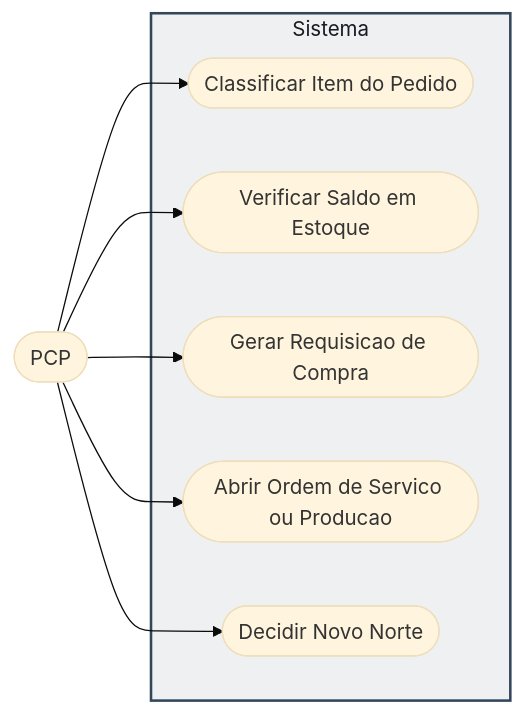
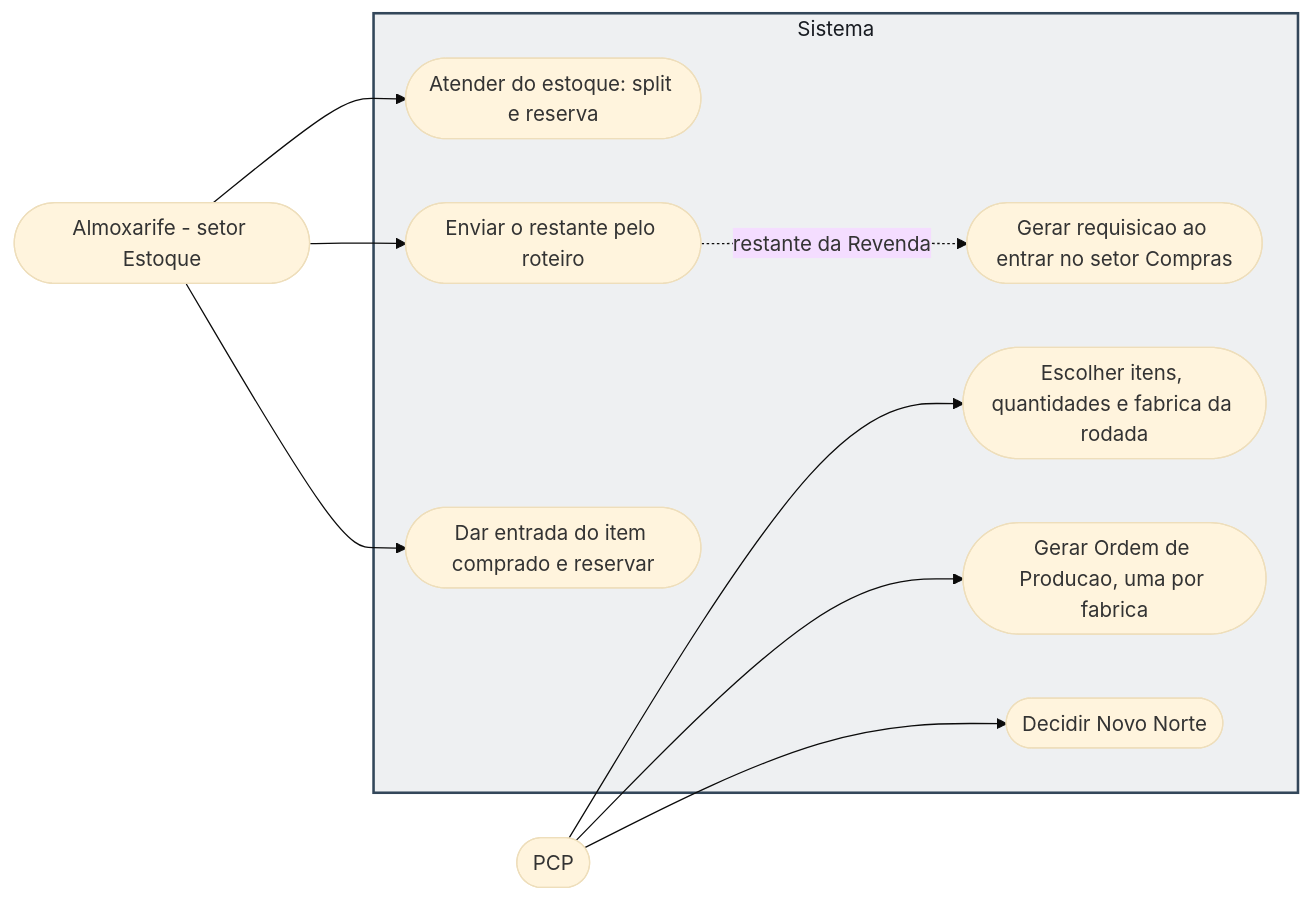
One commit to Acosvital/vault-avhub-mer changed the seventh of 28 diagrams in 04-Arquitetura-Transversal/Diagramas-UML.md. Above: the diagram before and after it, drawn with Mermaid (base theme). The commit also changed other lines of this file and 36 other files, not shown here.

First line of the commit message:
Encaixe do Estoque e da Revenda no fluxo do PCP (MES)

````diff
--- a/04-Arquitetura-Transversal/Diagramas-UML.md
+++ b/04-Arquitetura-Transversal/Diagramas-UML.md
@@ -704,18 +726,23 @@
 ```mermaid
 flowchart LR
     PCP(["PCP"])
+    ALM(["Almoxarife - setor Estoque"])
     subgraph SISTEMA[Sistema]
-        UC4([Classificar Item do Pedido])
-        UC5([Verificar Saldo em Estoque])
-        UC6([Gerar Requisicao de Compra])
-        UC7([Abrir Ordem de Servico ou Producao])
+        UC4([Escolher itens, quantidades e fabrica da rodada])
+        UC5([Gerar Ordem de Producao, uma por fabrica])
+        UC6([Atender do estoque: split e reserva])
+        UC7([Enviar o restante pelo roteiro])
+        UC9([Dar entrada do item comprado e reservar])
+        UC10([Gerar requisicao ao entrar no setor Compras])
         UC8([Decidir Novo Norte])
     end
     PCP --> UC4
     PCP --> UC5
-    PCP --> UC6
-    PCP --> UC7
     PCP --> UC8
+    ALM --> UC6
+    ALM --> UC7
+    ALM --> UC9
+    UC7 -.->|restante da Revenda| UC10
 
     style SISTEMA fill:#eef0f2,stroke:#33475a,stroke-width:2px,color:#181c22
 ```
````
